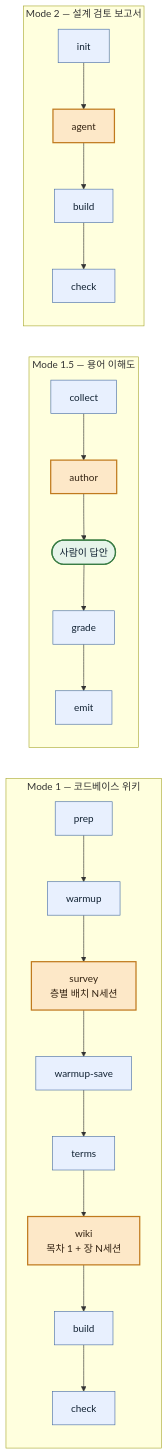
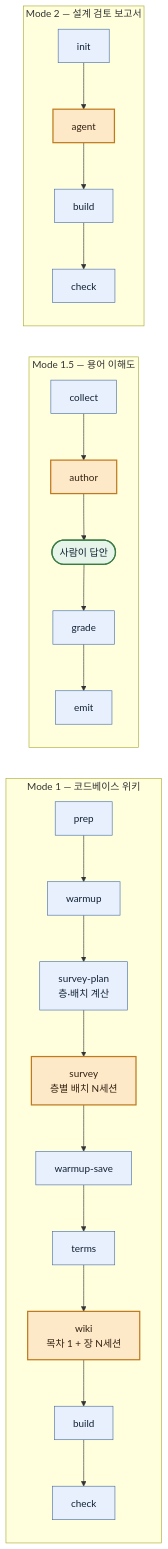
The second of 5 diagrams in ARCHITECTURE.md (DogGuyMan/Agent-Report-Build-Pipeline), drawn with Mermaid before and after one commit. The commit also changed other lines of this file and 7 other files, not shown here.

Commit message:
[feat] : 층 계획을 survey-plan 기계 단계로 분리하고 간선 방향을 명시한다

````diff
--- a/ARCHITECTURE.md
+++ b/ARCHITECTURE.md
@@ -95,19 +95,19 @@
 ```mermaid
 flowchart LR
   subgraph M1["Mode 1 — 코드베이스 위키"]
-    P1["prep"] --> W1["warmup"] --> A1["survey<br/>층별 배치 N세션"] --> S1["warmup-save"]
-    S1 --> T1["terms"] --> A1b["wiki<br/>목차 1 + 장 N세션"] --> B1["build"] --> C1["check"]
+    P1["prep"] --> W1["warmup"] --> SP1["survey-plan<br/>층·배치 계산"] --> A1["survey<br/>층별 배치 N세션"]
+    A1 --> S1["warmup-save"] --> T1["terms"] --> A1b["wiki<br/>목차 1 + 장 N세션"] --> B1["build"] --> C1["check"]
   end
   subgraph M15["Mode 1.5 — 용어 이해도"]
     CO["collect"] --> AU["author"] --> H(["사람이 답안"]) --> GR["grade"] --> EM["emit"]
   end
   subgraph M2["Mode 2 — 설계 검토 보고서"]
     I2["init"] --> A2["agent"] --> B2["build"] --> C2["check"]
   end
   classDef machine fill:#e8f0fe,stroke:#4a6fa5,color:#123
   classDef llm fill:#fde8c8,stroke:#c07a1e,color:#321,stroke-width:2px
   classDef human fill:#e6f4ea,stroke:#3a7d44,color:#123,stroke-width:2px
-  class P1,W1,S1,T1,B1,C1,CO,GR,EM,I2,B2,C2 machine
+  class P1,W1,SP1,S1,T1,B1,C1,CO,GR,EM,I2,B2,C2 machine
   class A1,A1b,AU,A2 llm
   class H human
 ```
````
